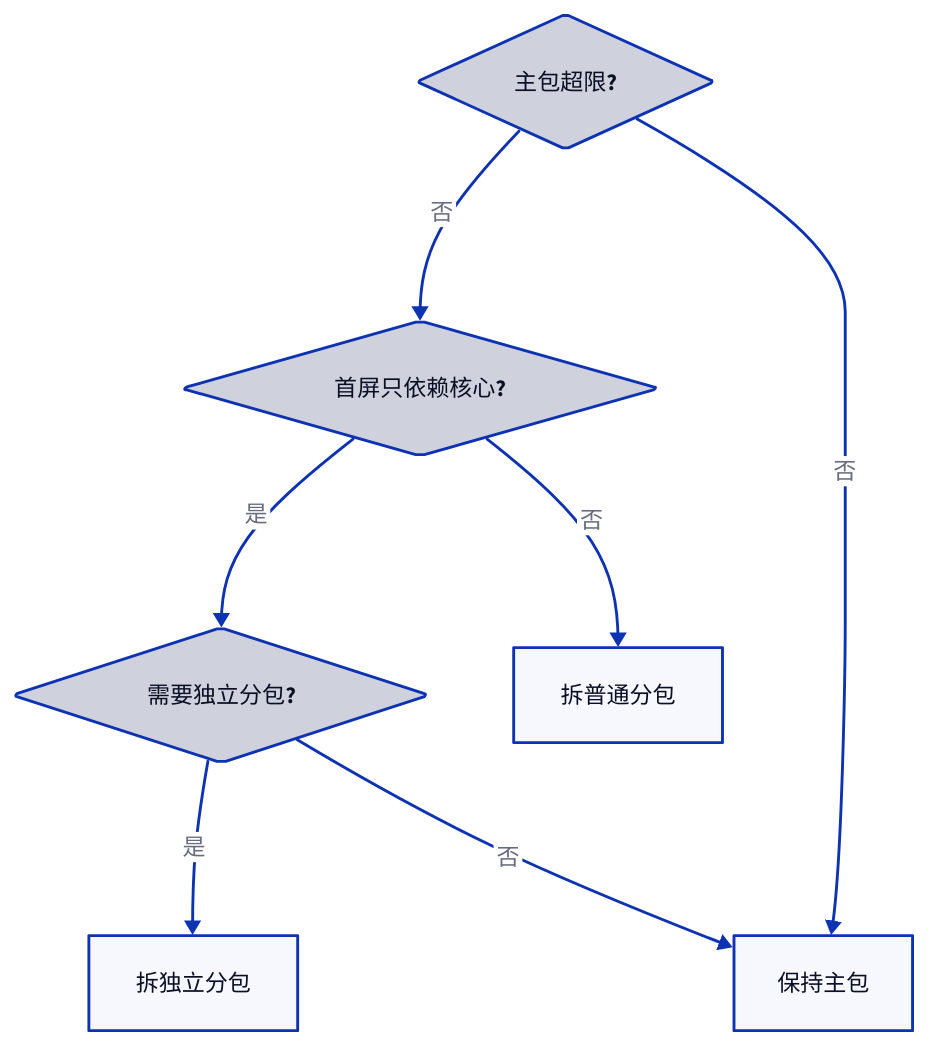
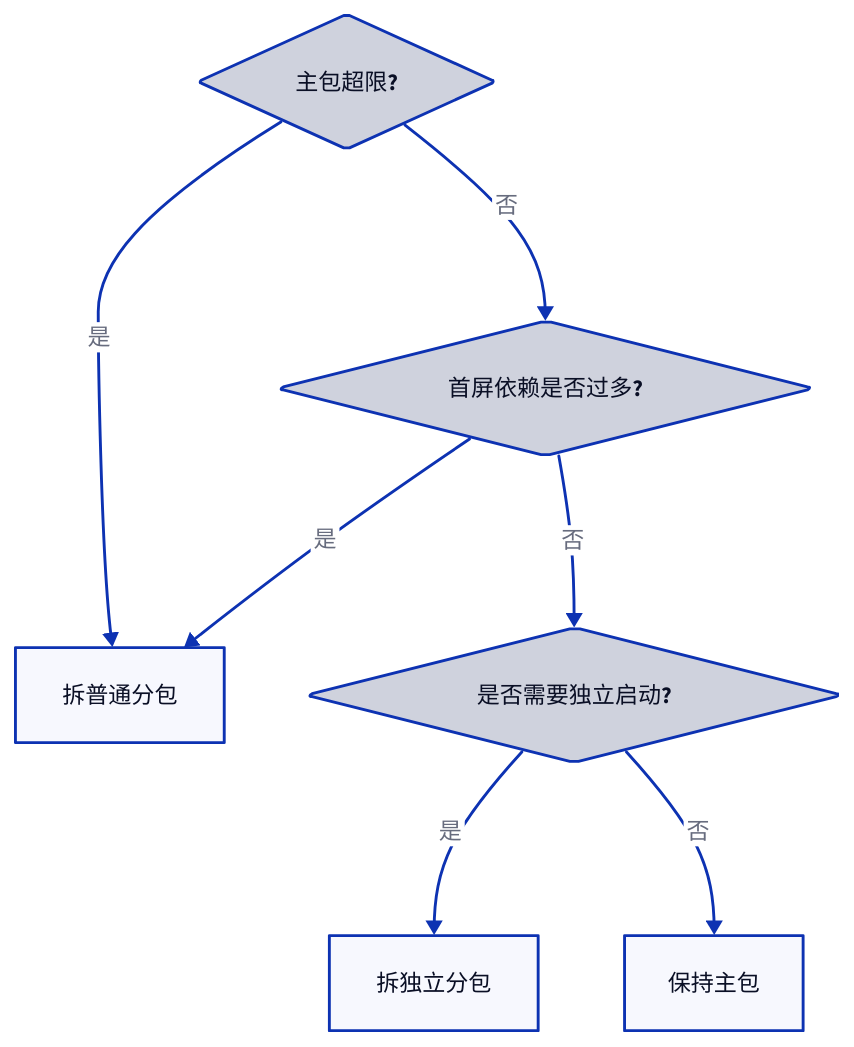
One commit to youngluo/thinking changed the eighth of 8 diagrams in apps/docs/experiences/微信小程序/原理与实践.md. Above: the diagram before and after it, drawn with D2. The commit also changed other lines of this file and 3 other files, not shown here.

````diff
--- a/apps/docs/experiences/微信小程序/原理与实践.md
+++ b/apps/docs/experiences/微信小程序/原理与实践.md
@@ -473,29 +474,29 @@
 ```d2
 direction: down
 
-check: 主包超限? {
+size: 主包超限? {
   shape: diamond
   class: decision
 }
 
-check2: 首屏只依赖核心? {
+first: 首屏依赖是否过多? {
   shape: diamond
   class: decision
 }
 
-check3: 需要独立分包? {
+isolated: 是否需要独立启动? {
   shape: diamond
   class: decision
 }
 
 defer: 拆普通分包
 independent: 拆独立分包
 keep: 保持主包
 
-check -> check2: 否
-check2 -> defer: 否
-check2 -> check3: 是
-check3 -> independent: 是
-check3 -> keep: 否
-check -> keep: 否
+size -> defer: 是
+size -> first: 否
+first -> defer: 是
+first -> isolated: 否
+isolated -> independent: 是
+isolated -> keep: 否
 ```
````
